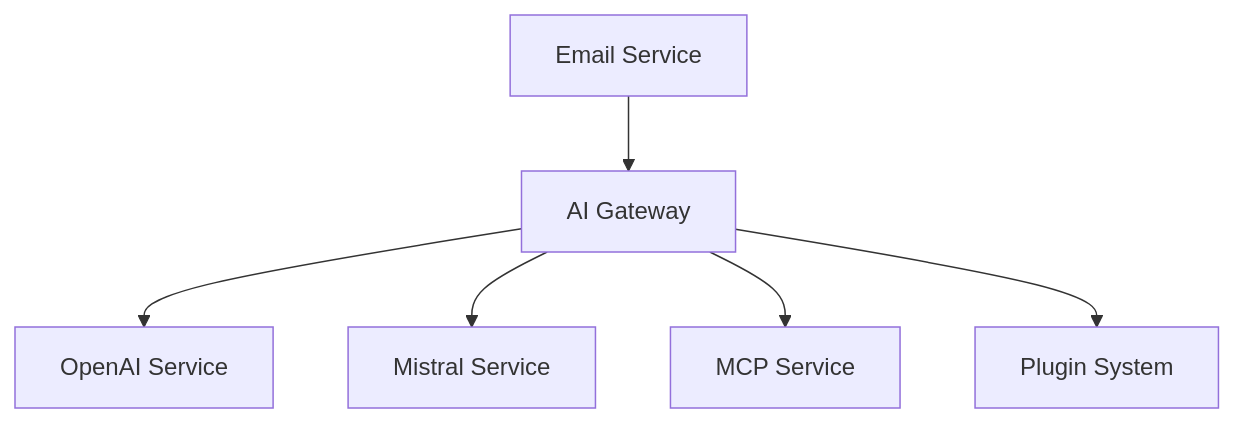
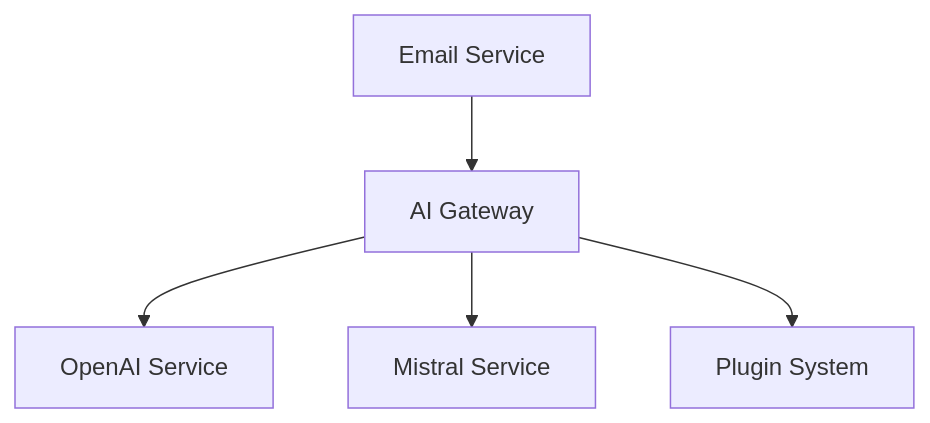
Before and after one commit to JeanHuguesRobert/Mailai: the diagram in README.md, drawn with Mermaid. The commit also changed other lines of this file and 3 other files, not shown here.

````diff
--- a/README.md
+++ b/README.md
@@ -155,8 +44,7 @@
 ```mermaid
- graph TB
- Email[Email Service] --> Gateway[AI Gateway]
- Gateway --> OpenAI[OpenAI Service]
- Gateway --> Mistral[Mistral Service]
- Gateway --> MCP[MCP Service]
- Gateway --> Plugin[Plugin System]
+graph TB
+Email[Email Service] --> Gateway[AI Gateway]
+Gateway --> OpenAI[OpenAI Service]
+Gateway --> Mistral[Mistral Service]
+Gateway --> Plugin[Plugin System]
 ```
````
